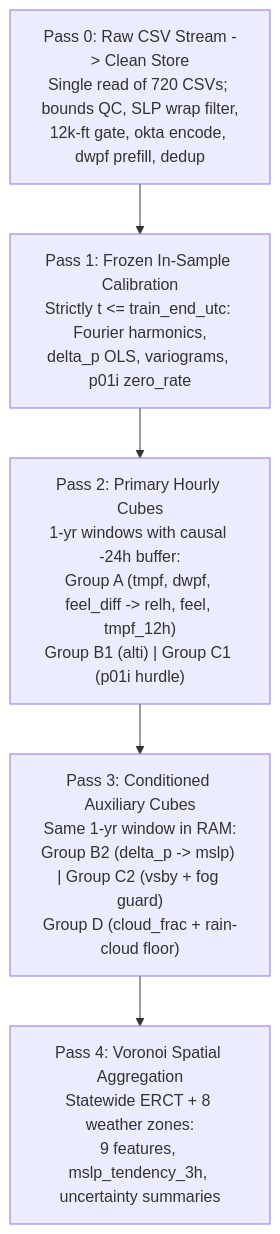
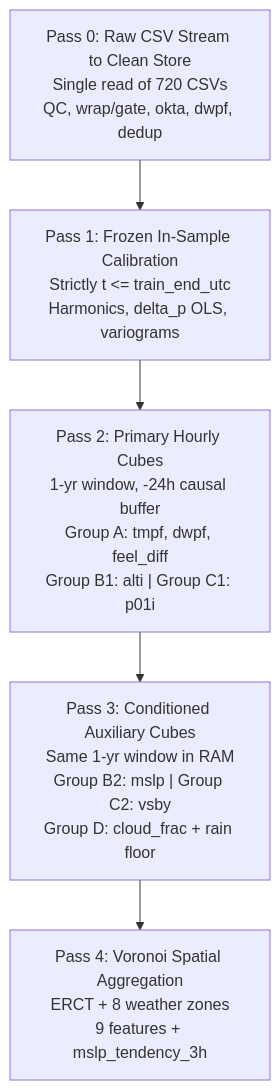
Before and after one commit to CamiloEmiliano/ercot-voronoi-load: the diagram in docs/decisions/ADR-00008-weather-imputation-dag-and-anti-leakage-.md, drawn with Mermaid.

Commit message:
Shorten Mermaid node lines in ADR-00008 DAG

````diff
--- a/docs/decisions/ADR-00008-weather-imputation-dag-and-anti-leakage-.md
+++ b/docs/decisions/ADR-00008-weather-imputation-dag-and-anti-leakage-.md
@@ -37,10 +37,10 @@
 ```mermaid
 flowchart TD
-    P0["Pass 0: Raw CSV Stream -> Clean Store<br/>Single read of 720 CSVs; bounds QC, SLP wrap filter,<br/>12k-ft gate, okta encode, dwpf prefill, dedup"]
-    P1["Pass 1: Frozen In-Sample Calibration<br/>Strictly t <= train_end_utc: Fourier harmonics,<br/>delta_p OLS, variograms, p01i zero_rate"]
-    P2["Pass 2: Primary Hourly Cubes<br/>1-yr windows with causal -24h buffer:<br/>Group A (tmpf, dwpf, feel_diff -> relh, feel, tmpf_12h)<br/>Group B1 (alti) | Group C1 (p01i hurdle)"]
-    P3["Pass 3: Conditioned Auxiliary Cubes<br/>Same 1-yr window in RAM:<br/>Group B2 (delta_p -> mslp) | Group C2 (vsby + fog guard)<br/>Group D (cloud_frac + rain-cloud floor)"]
-    P4["Pass 4: Voronoi Spatial Aggregation<br/>Statewide ERCT + 8 weather zones:<br/>9 features, mslp_tendency_3h, uncertainty summaries"]
+    P0["Pass 0: Raw CSV Stream to Clean Store<br/>Single read of 720 CSVs<br/>QC, wrap/gate, okta, dwpf, dedup"]
+    P1["Pass 1: Frozen In-Sample Calibration<br/>Strictly t <= train_end_utc<br/>Harmonics, delta_p OLS, variograms"]
+    P2["Pass 2: Primary Hourly Cubes<br/>1-yr window, -24h causal buffer<br/>Group A: tmpf, dwpf, feel_diff<br/>Group B1: alti | Group C1: p01i"]
+    P3["Pass 3: Conditioned Auxiliary Cubes<br/>Same 1-yr window in RAM<br/>Group B2: mslp | Group C2: vsby<br/>Group D: cloud_frac + rain floor"]
+    P4["Pass 4: Voronoi Spatial Aggregation<br/>ERCT + 8 weather zones<br/>9 features + mslp_tendency_3h"]
 
     P0 --> P1 --> P2 --> P3 --> P4
 ```
````
